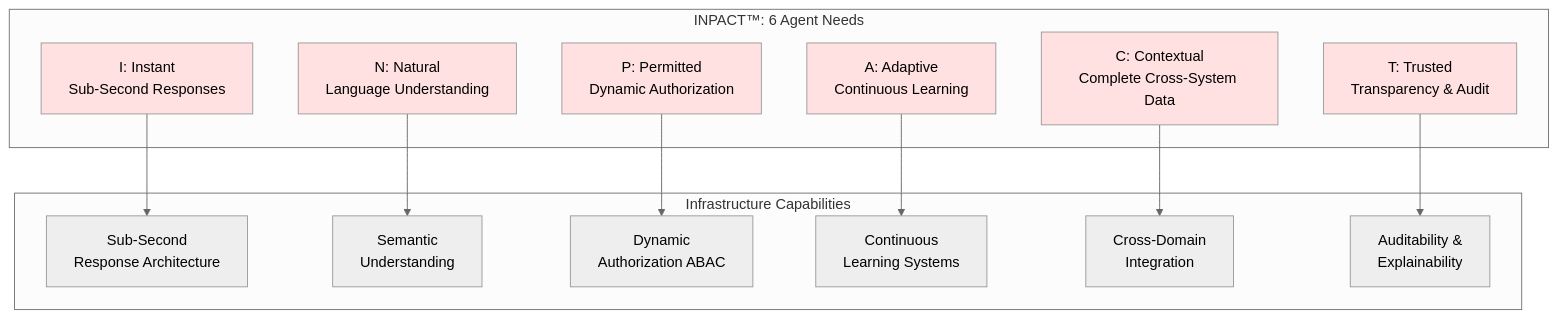
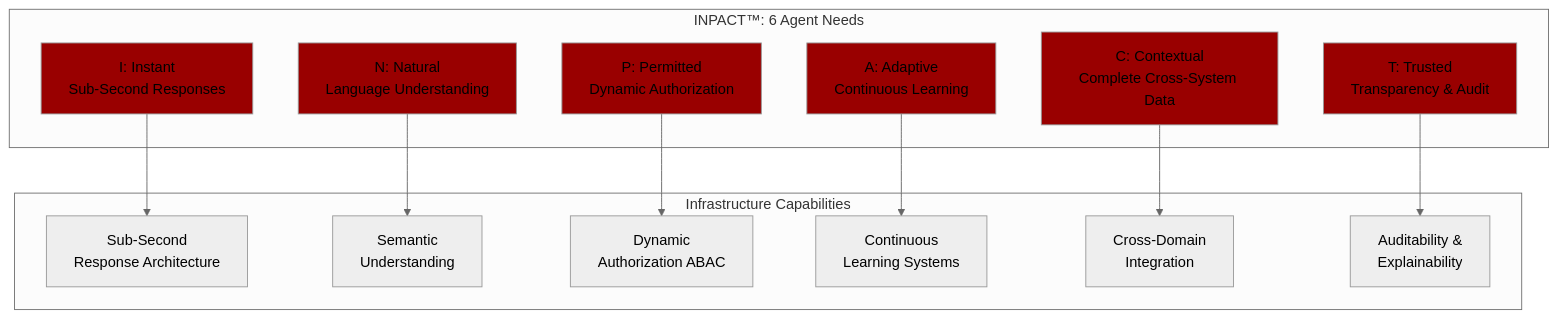
One commit to colaberry/enterprise-data-readiness-ai-agents changed the first of 8 diagrams in chapter-00/chapter_00_complete.md. Above: the diagram before and after it, drawn with Mermaid (neutral theme). The commit also changed other lines of this file, not shown here.

````diff
--- a/chapter-00/chapter_00_complete.md
+++ b/chapter-00/chapter_00_complete.md
@@ -108,34 +108,34 @@
 ```mermaid
 graph TB
     subgraph "INPACT™: 6 Agent Needs"
         N1[I: Instant<br/>Sub-Second Responses]
         N2[N: Natural<br/>Language Understanding]
         N3[P: Permitted<br/>Dynamic Authorization]
         N4[A: Adaptive<br/>Continuous Learning]
         N5[C: Contextual<br/>Complete Cross-System Data]
         N6[T: Trusted<br/>Transparency & Audit]
     end
     
     subgraph "Infrastructure Capabilities"
         C1[Sub-Second<br/>Response Architecture]
         C2[Semantic<br/>Understanding]
         C3[Dynamic<br/>Authorization ABAC]
         C4[Continuous<br/>Learning Systems]
         C5[Cross-Domain<br/>Integration]
         C6[Auditability &<br/>Explainability]
     end
     
     N1 --> C1
     N2 --> C2
     N3 --> C3
     N4 --> C4
     N5 --> C5
     N6 --> C6
     
-    style N1 fill:#ffe1e1
-    style N2 fill:#ffe1e1
-    style N3 fill:#ffe1e1
-    style N4 fill:#ffe1e1
-    style N5 fill:#ffe1e1
-    style N6 fill:#ffe1e1
+    style N1 fill:#990000
+    style N2 fill:#990000
+    style N3 fill:#990000
+    style N4 fill:#990000
+    style N5 fill:#990000
+    style N6 fill:#990000
 ```
````
